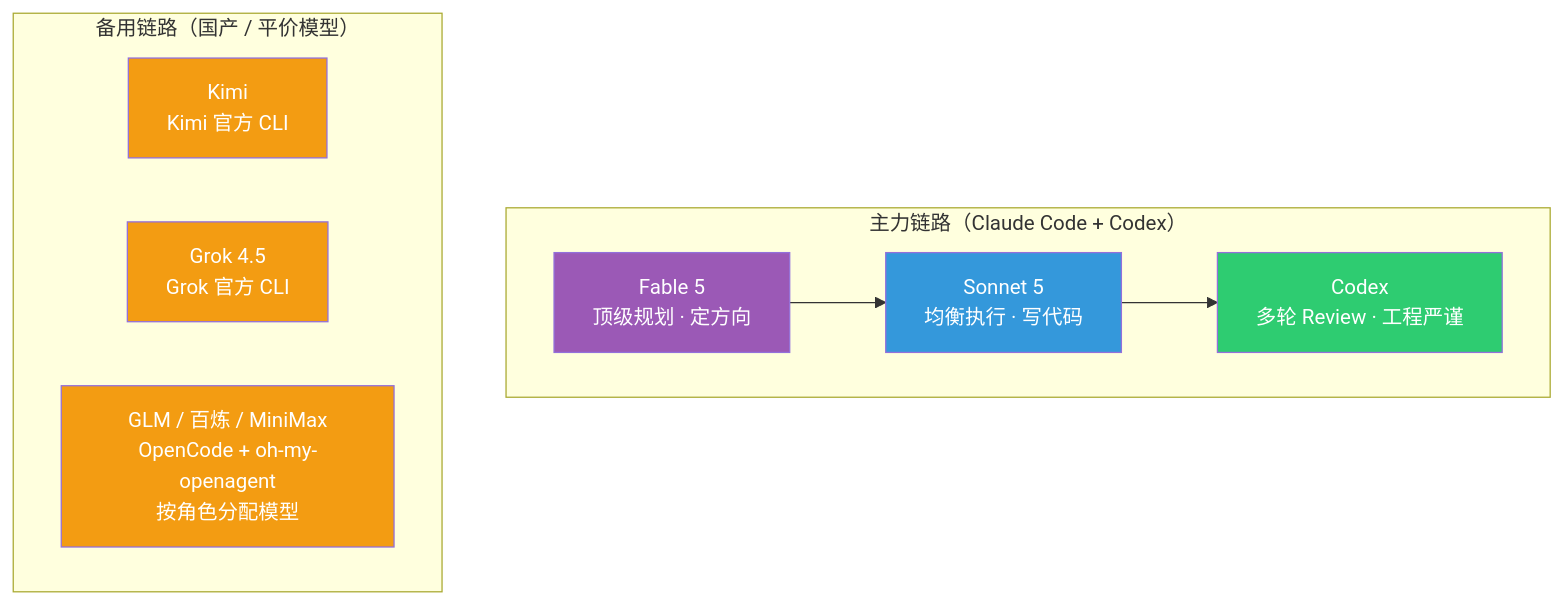
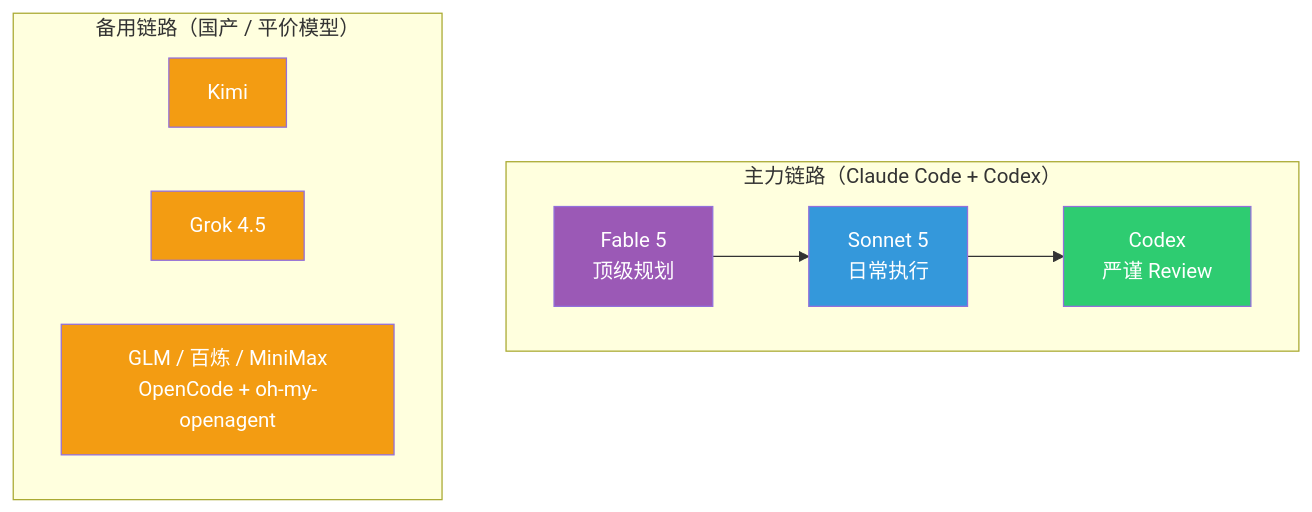
The second of 2 diagrams in content/posts/260721-the-zelda-phase-of-life/index.md (zj1123581321/zj1123581321.github.io), drawn with Mermaid before and after one commit. The commit also changed other lines of this file, not shown here.

````diff
--- a/content/posts/260721-the-zelda-phase-of-life/index.md
+++ b/content/posts/260721-the-zelda-phase-of-life/index.md
@@ -188,22 +183,22 @@
 ```mermaid
 graph TB
     subgraph main["主力链路（Claude Code + Codex）"]
-        PLAN["Fable 5<br/>顶级规划 · 定方向"]
-        EXEC["Sonnet 5<br/>均衡执行 · 写代码"]
-        REVIEW["Codex<br/>多轮 Review · 工程严谨"]
+        PLAN["Fable 5<br/>顶级规划"]
+        EXEC["Sonnet 5<br/>日常执行"]
+        REVIEW["Codex<br/>严谨 Review"]
         PLAN --> EXEC --> REVIEW
     end
 
     subgraph alt["备用链路（国产 / 平价模型）"]
-        KIMI["Kimi<br/>Kimi 官方 CLI"]
-        GROK["Grok 4.5<br/>Grok 官方 CLI"]
-        OC["GLM / 百炼 / MiniMax<br/>OpenCode + oh-my-openagent<br/>按角色分配模型"]
+        KIMI["Kimi"]
+        GROK["Grok 4.5"]
+        OC["GLM / 百炼 / MiniMax<br/>OpenCode + oh-my-openagent"]
     end
 
     style PLAN fill:#9b59b6,color:#fff
     style EXEC fill:#3498db,color:#fff
     style REVIEW fill:#2ecc71,color:#fff
     style KIMI fill:#f39c12,color:#fff
     style GROK fill:#f39c12,color:#fff
     style OC fill:#f39c12,color:#fff
 ```
````
